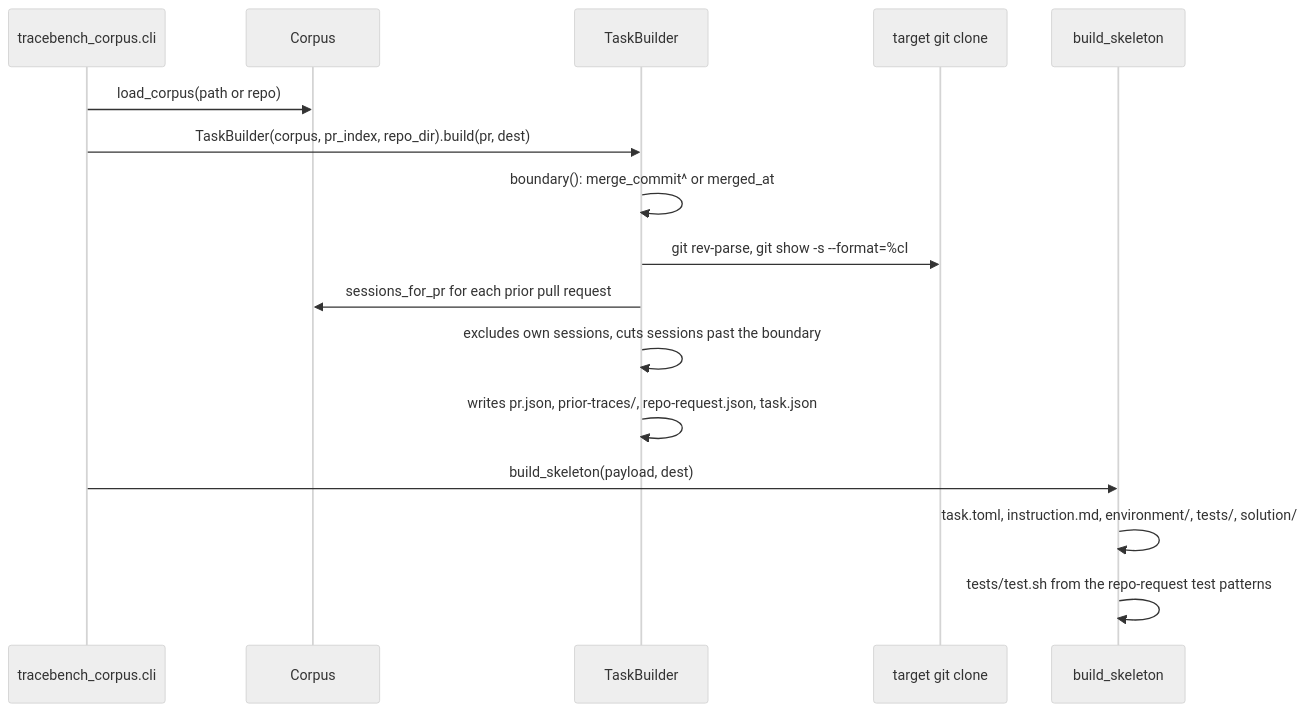
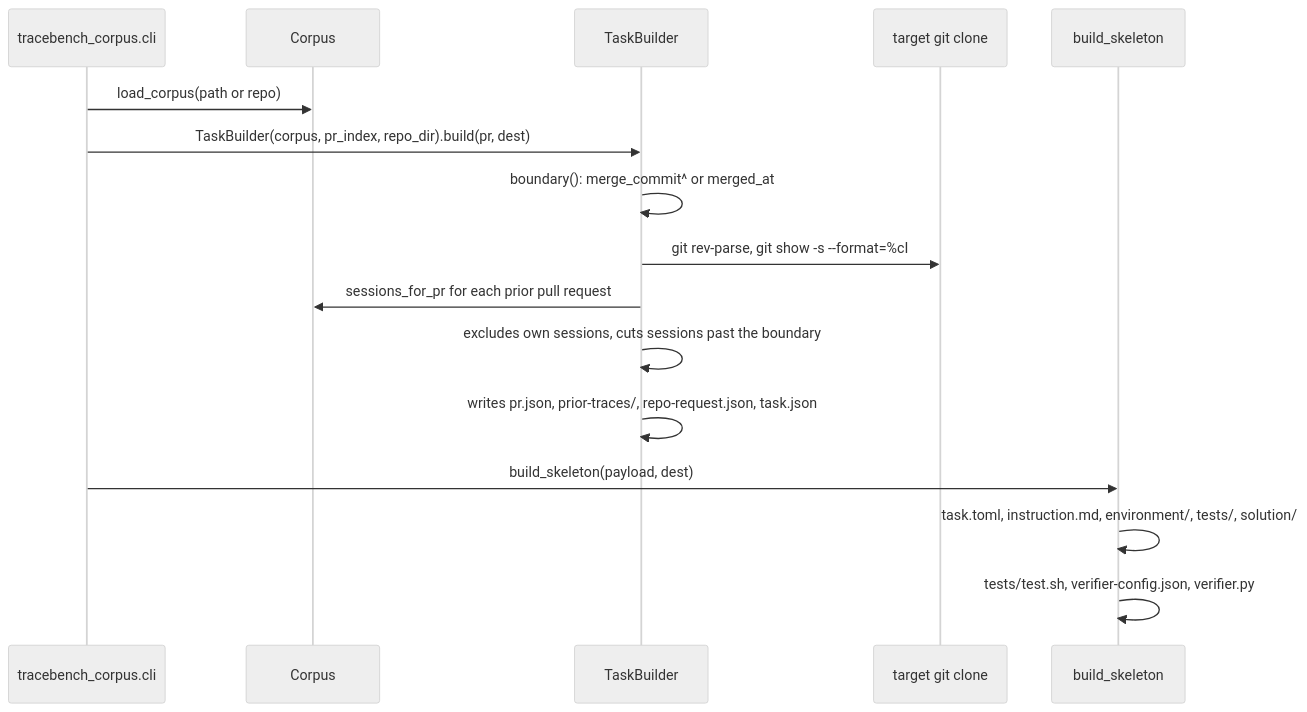
Diagram 12 of 15 in docs/architecture.md (dayvidpham/TraceBench), drawn with Mermaid (neutral theme) before and after one commit. The commit also changed other lines of this file, not shown here.

Commit message:
docs: add the task pipeline, oracle, worktree, verifier, and job config to the architecture views

````diff
--- a/docs/architecture.md
+++ b/docs/architecture.md
@@ -635,18 +754,18 @@
 ```mermaid
 sequenceDiagram
   participant cli as tracebench_corpus.cli
   participant cor as Corpus
   participant tb as TaskBuilder
   participant git as target git clone
   participant sk as build_skeleton
   cli->>cor: load_corpus(path or repo)
   cli->>tb: TaskBuilder(corpus, pr_index, repo_dir).build(pr, dest)
   tb->>tb: boundary(): merge_commit^ or merged_at
   tb->>git: git rev-parse, git show -s --format=%cI
   tb->>cor: sessions_for_pr for each prior pull request
   tb->>tb: excludes own sessions, cuts sessions past the boundary
   tb->>tb: writes pr.json, prior-traces/, repo-request.json, task.json
   cli->>sk: build_skeleton(payload, dest)
   sk->>sk: task.toml, instruction.md, environment/, tests/, solution/
-  sk->>sk: tests/test.sh from the repo-request test patterns
+  sk->>sk: tests/test.sh, verifier-config.json, verifier.py
 ```
````
